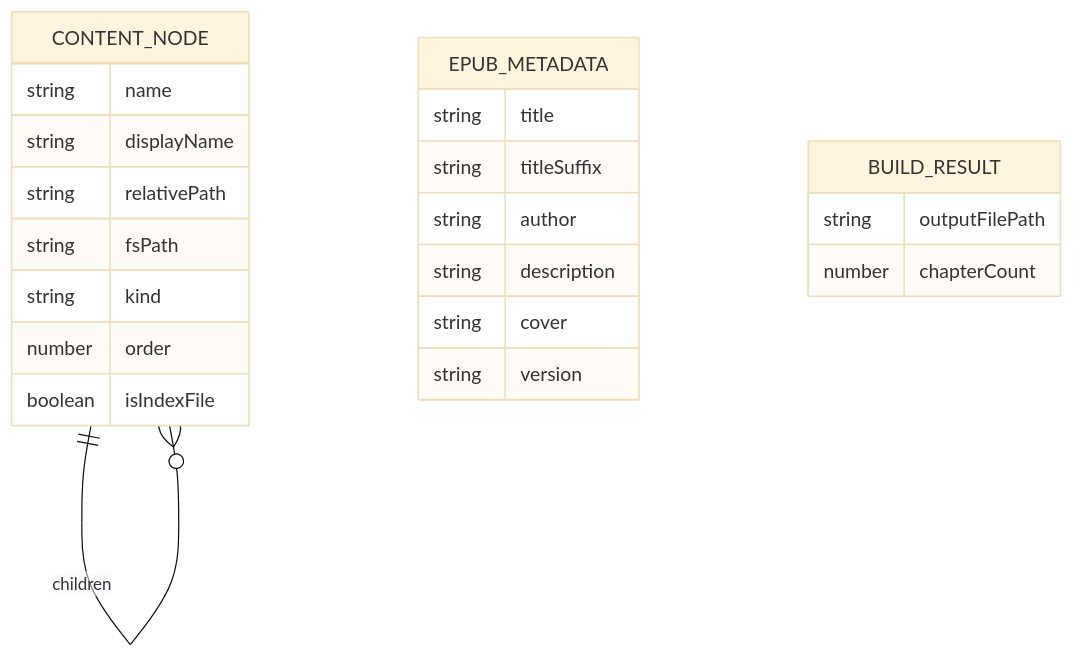
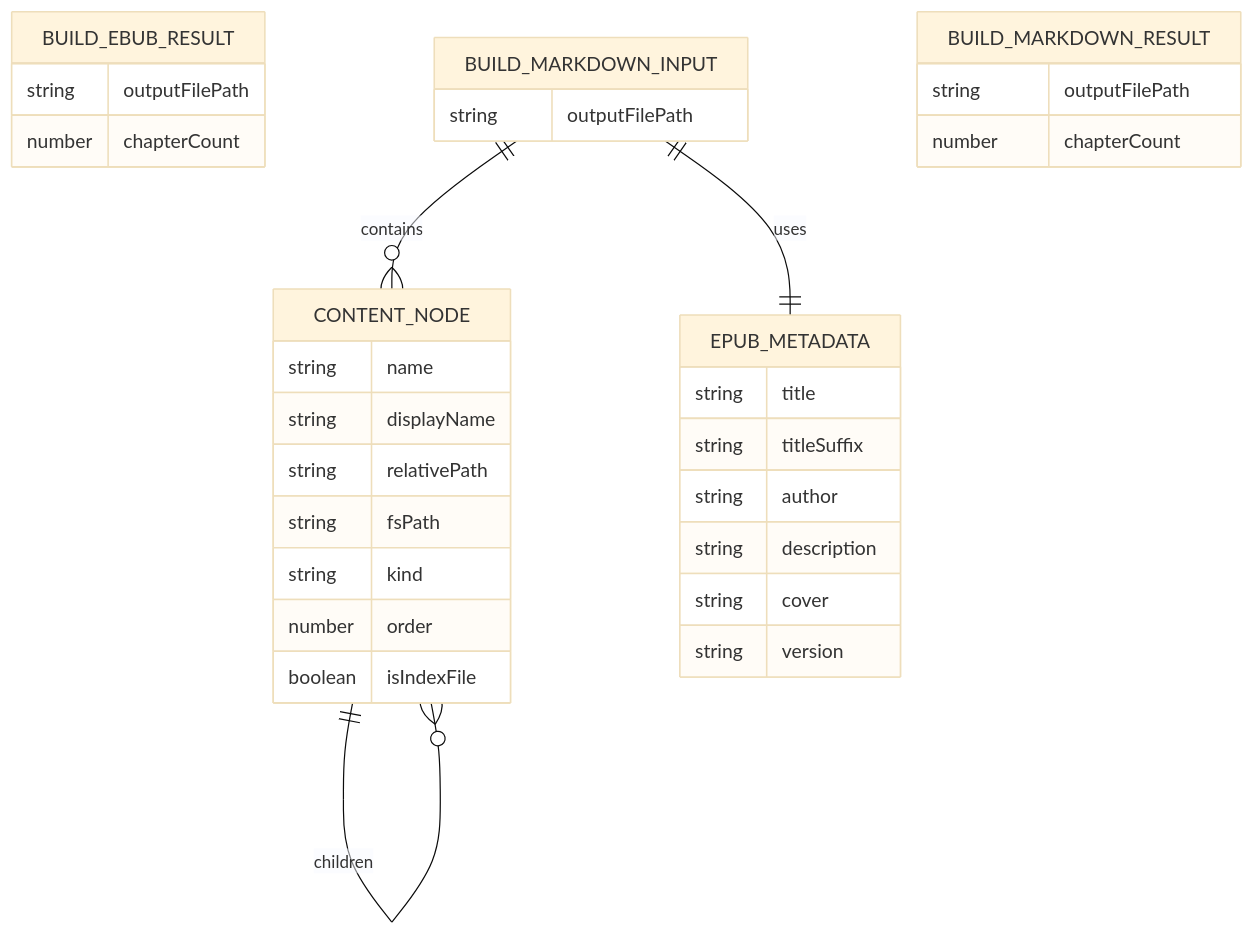
The tenth of 10 diagrams in .qoder/repowiki/zh/content/技术架构详解/技术架构详解.md (someok/vscode-folder2epub), drawn with Mermaid (base theme) before and after one commit. The commit also changed other lines of this file and 8 other files, not shown here.

````diff
--- a/.qoder/repowiki/zh/content/技术架构详解/技术架构详解.md
+++ b/.qoder/repowiki/zh/content/技术架构详解/技术架构详解.md
@@ -406,25 +509,34 @@
 ```mermaid
 erDiagram
 CONTENT_NODE {
 string name
 string displayName
 string relativePath
 string fsPath
 string kind
 number order
 boolean isIndexFile
 }
 EPUB_METADATA {
 string title
 string titleSuffix
 string author
 string description
 string cover
 string version
 }
-BUILD_RESULT {
+BUILD_EBUB_RESULT {
+string outputFilePath
+number chapterCount
+}
+BUILD_MARKDOWN_INPUT {
+string outputFilePath
+}
+BUILD_MARKDOWN_RESULT {
 string outputFilePath
 number chapterCount
 }
 CONTENT_NODE ||--o{ CONTENT_NODE : "children"
+BUILD_MARKDOWN_INPUT ||--|| EPUB_METADATA : "uses"
+BUILD_MARKDOWN_INPUT ||--o{ CONTENT_NODE : "contains"
 ```
````
